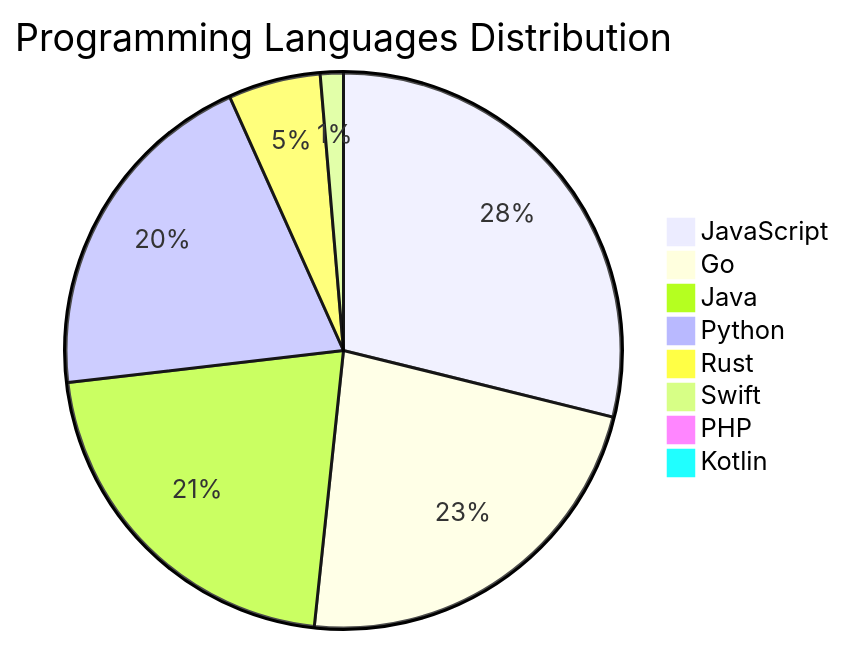
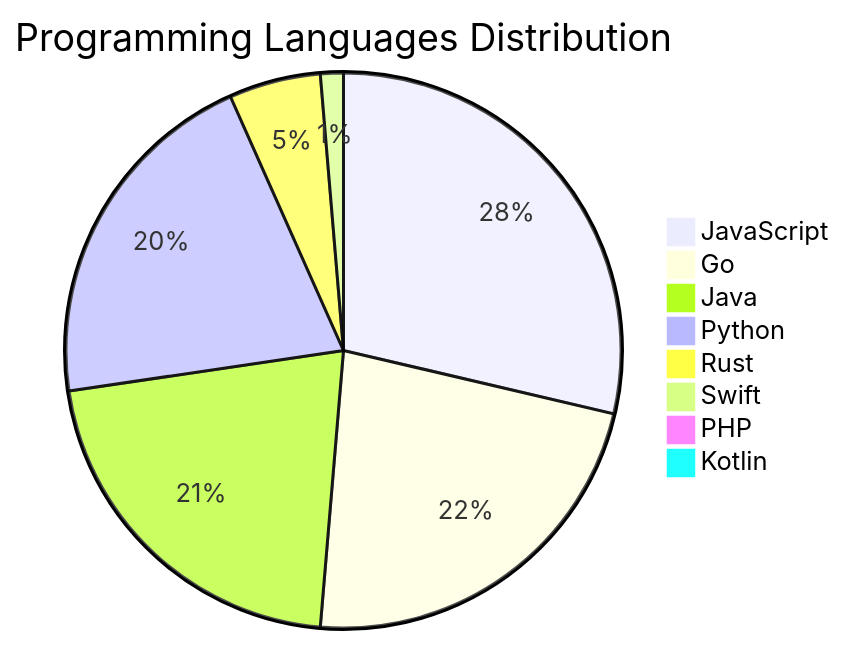
The diagram in README.md (Derrick-MUGISHA/github-activity-bot), drawn with Mermaid before and after one commit. The commit also changed other lines of this file and 4 other files, not shown here.

````diff
--- a/README.md
+++ b/README.md
@@ -208,11 +208,11 @@
 ```mermaid
 pie title Programming Languages Distribution
     "JavaScript" : 43
     "Go" : 34
     "Java" : 32
-    "Python" : 30
+    "Python" : 31
     "Rust" : 8
     "Swift" : 2
     "PHP" : 1
     "Kotlin" : 1
 ```
````
